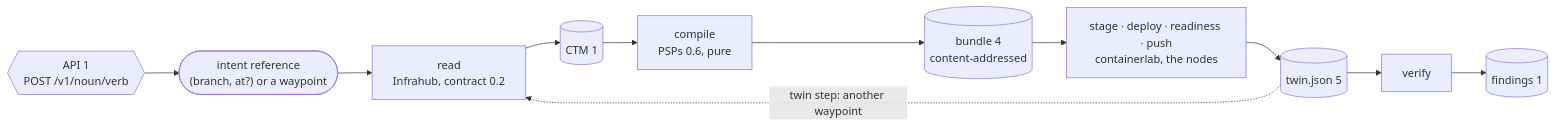
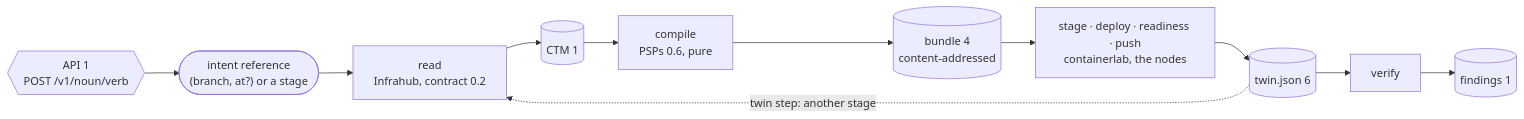
One commit to happypathnetworking/fylgja changed the first of 4 diagrams in docs/architecture.md. Above: the diagram before and after it, drawn with Mermaid. The commit also changed other lines of this file, not shown here.

First line of the commit message:
docs(architecture): stages in place of waypoints

````diff
--- a/docs/architecture.md
+++ b/docs/architecture.md
@@ -87,15 +88,15 @@
 ```mermaid
 flowchart LR
     api{{"API 1<br/>POST /v1/noun/verb"}}
-    ref(["intent reference<br/>(branch, at?) or a waypoint"])
+    ref(["intent reference<br/>(branch, at?) or a stage"])
     read["read<br/>Infrahub, contract 0.2"]
     ctm[("CTM 1")]
     compile["compile<br/>PSPs 0.6, pure"]
     bundle[("bundle 4<br/>content-addressed")]
     provision["stage · deploy · readiness · push<br/>containerlab, the nodes"]
-    twin[("twin.json 5")]
+    twin[("twin.json 6")]
     verify["verify"]
     doc[("findings 1")]
     api --> ref --> read --> ctm --> compile --> bundle --> provision --> twin --> verify --> doc
-    twin -. "twin step: another waypoint" .-> read
+    twin -. "twin step: another stage" .-> read
 ```
````
